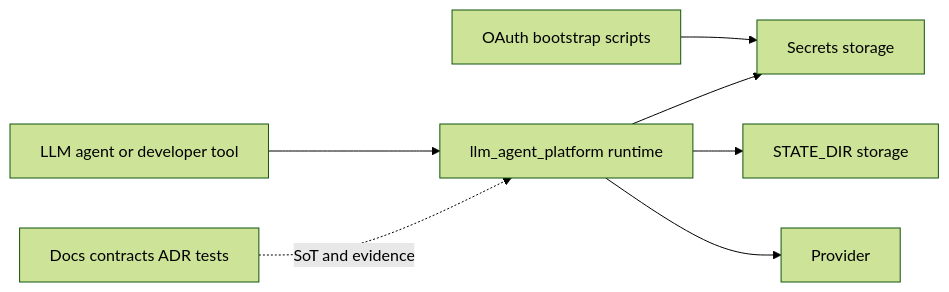
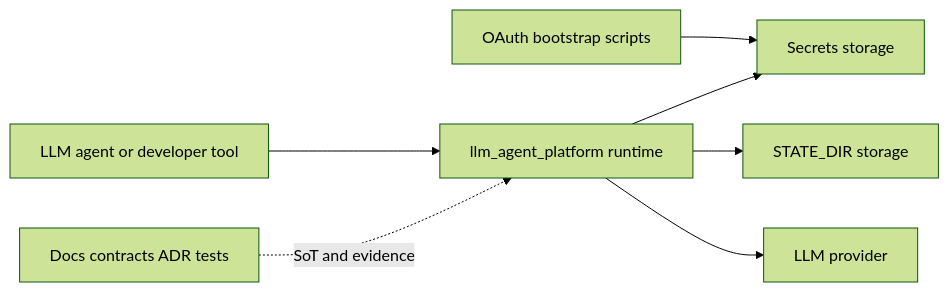
One commit to cyber-platform/llm_agent_platform changed the diagram in docs/architecture/system-overview.md. Above: the diagram before and after it, drawn with Mermaid (forest theme). The commit also changed other lines of this file and 22 other files, not shown here.

````diff
--- a/docs/architecture/system-overview.md
+++ b/docs/architecture/system-overview.md
@@ -35,9 +35,9 @@
 ```mermaid
 flowchart LR
   Client[LLM agent or developer tool] --> App[llm_agent_platform runtime]
   OAuth[OAuth bootstrap scripts] --> Secrets[Secrets storage]
   App --> Secrets
   App --> State[STATE_DIR storage]
-  App --> Provider[Provider]
+  App --> Provider[LLM provider]
   Docs[Docs contracts ADR tests] -. SoT and evidence .-> App
 ```
````
